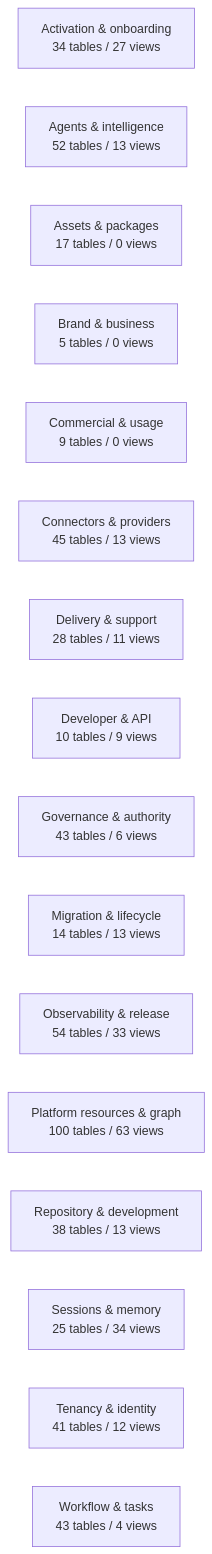
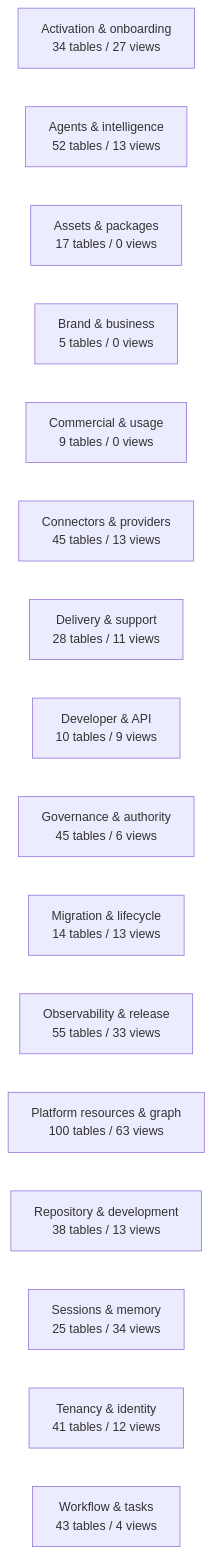
One commit to mad4bdigital-ai/multi-business-multi-role-growth-intelligence-os changed the diagram in docs/work-maps/data-model-domain-map.md. Above: the diagram before and after it, drawn with Mermaid. The commit also changed other lines of this file and 14 other files, not shown here.

Commit message:
governance: classify platform configuration schema objects

````diff
--- a/docs/work-maps/data-model-domain-map.md
+++ b/docs/work-maps/data-model-domain-map.md
@@ -9,19 +9,19 @@
 ```mermaid
 flowchart LR
   n_Activation___onboarding["Activation & onboarding<br/>34 tables / 27 views"]
   n_Agents___intelligence["Agents & intelligence<br/>52 tables / 13 views"]
   n_Assets___packages["Assets & packages<br/>17 tables / 0 views"]
   n_Brand___business["Brand & business<br/>5 tables / 0 views"]
   n_Commercial___usage["Commercial & usage<br/>9 tables / 0 views"]
   n_Connectors___providers["Connectors & providers<br/>45 tables / 13 views"]
   n_Delivery___support["Delivery & support<br/>28 tables / 11 views"]
   n_Developer___API["Developer & API<br/>10 tables / 9 views"]
-  n_Governance___authority["Governance & authority<br/>43 tables / 6 views"]
+  n_Governance___authority["Governance & authority<br/>45 tables / 6 views"]
   n_Migration___lifecycle["Migration & lifecycle<br/>14 tables / 13 views"]
-  n_Observability___release["Observability & release<br/>54 tables / 33 views"]
+  n_Observability___release["Observability & release<br/>55 tables / 33 views"]
   n_Platform_resources___graph["Platform resources & graph<br/>100 tables / 63 views"]
   n_Repository___development["Repository & development<br/>38 tables / 13 views"]
   n_Sessions___memory["Sessions & memory<br/>25 tables / 34 views"]
   n_Tenancy___identity["Tenancy & identity<br/>41 tables / 12 views"]
   n_Workflow___tasks["Workflow & tasks<br/>43 tables / 4 views"]
 ```
````
